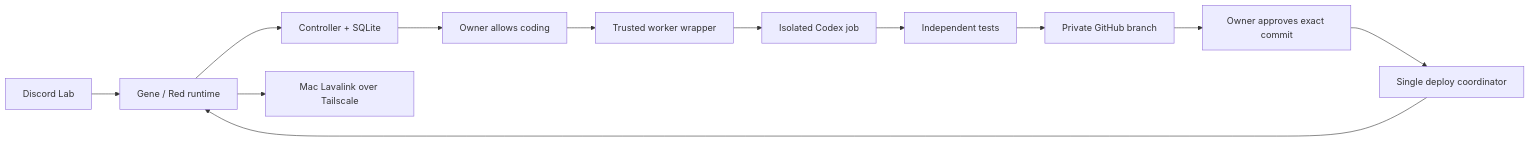
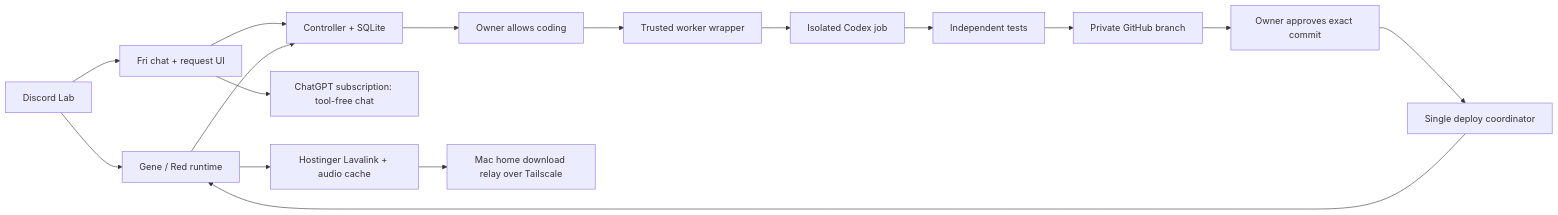
Before and after one commit to HumanMint/gene: the diagram in README.md, drawn with Mermaid. The commit also changed other lines of this file and 39 other files, not shown here.

Commit message:
Add Fri chat and reviewed requests with subscription usage

````diff
--- a/README.md
+++ b/README.md
@@ -76,14 +69,18 @@
 ```mermaid
 flowchart LR
   U[Discord Lab] --> R[Gene / Red runtime]
-  R --> C[Controller + SQLite]
+  U --> F[Fri chat + request UI]
+  F --> C[Controller + SQLite]
+  F --> O[ChatGPT subscription: tool-free chat]
+  R --> C
   C --> I[Owner allows coding]
   I --> W[Trusted worker wrapper]
   W --> S[Isolated Codex job]
   S --> T[Independent tests]
   T --> G[Private GitHub branch]
   G --> A[Owner approves exact commit]
   A --> D[Single deploy coordinator]
   D --> R
-  R --> L[Mac Lavalink over Tailscale]
+  R --> L[Hostinger Lavalink + audio cache]
+  L --> M[Mac home download relay over Tailscale]
 ```
````
